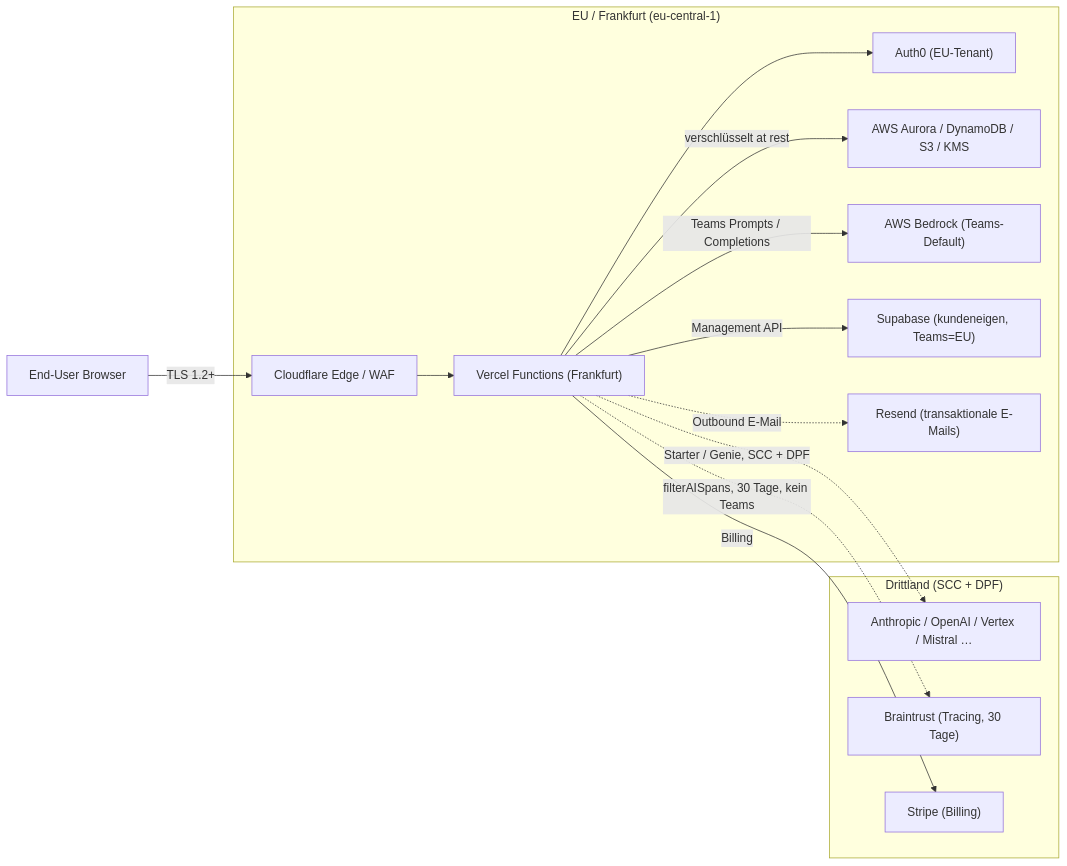
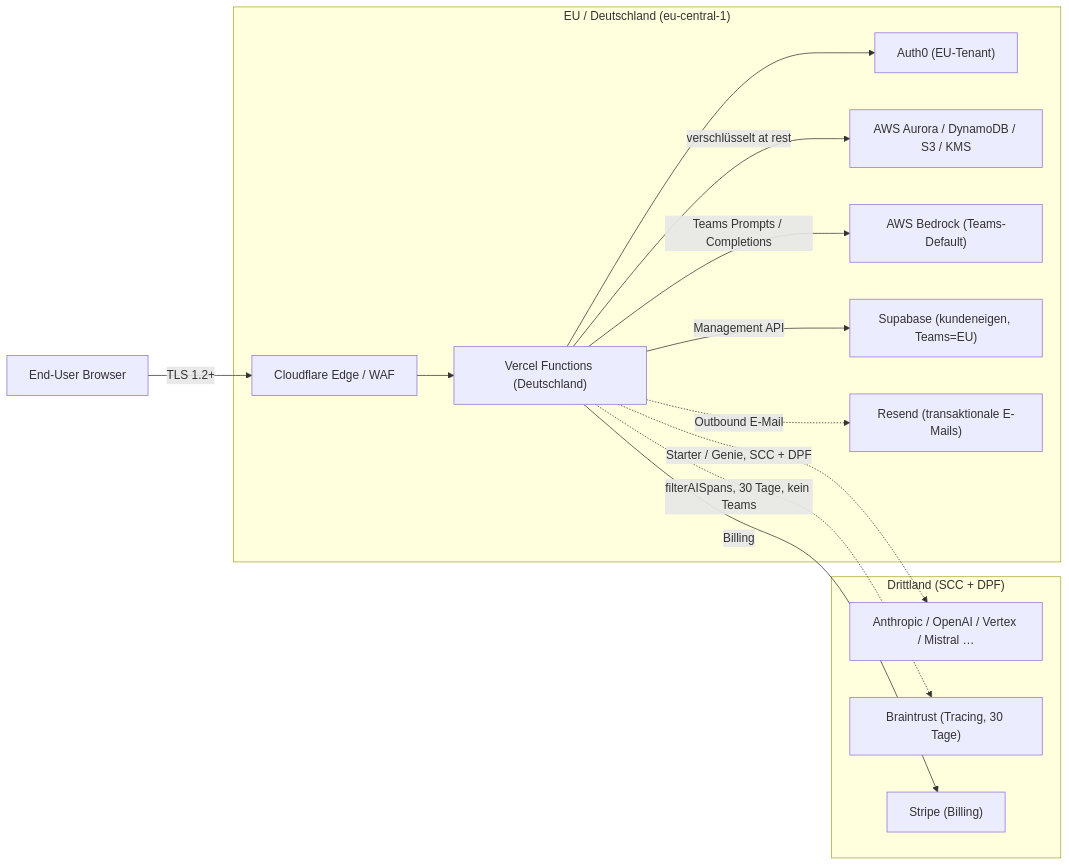
One commit to cr4yfish/docs changed the diagram in de/compliance/kunden-compliance-paket.mdx. Above: the diagram before and after it, drawn with Mermaid. The commit also changed other lines of this file, not shown here.

Commit message:
de/compliance: Frankfurt → Deutschland; redundante DE-Suffixe bereinigt

````diff
--- a/de/compliance/kunden-compliance-paket.mdx
+++ b/de/compliance/kunden-compliance-paket.mdx
@@ -123,27 +123,27 @@
 ```mermaid
 graph LR
   Browser["End-User Browser"]
-  subgraph EU["EU / Frankfurt (eu-central-1)"]
+  subgraph EU["EU / Deutschland (eu-central-1)"]
     Cloudflare["Cloudflare Edge / WAF"]
-    Vercel["Vercel Functions (Frankfurt)"]
+    Vercel["Vercel Functions (Deutschland)"]
     Auth0EU["Auth0 (EU-Tenant)"]
     AWS["AWS Aurora / DynamoDB / S3 / KMS"]
     Bedrock["AWS Bedrock (Teams-Default)"]
     Supabase["Supabase (kundeneigen, Teams=EU)"]
     Resend["Resend (transaktionale E-Mails)"]
   end
   subgraph TF["Drittland (SCC + DPF)"]
     LLM["Anthropic / OpenAI / Vertex / Mistral …"]
     Braintrust["Braintrust (Tracing, 30 Tage)"]
     Stripe["Stripe (Billing)"]
   end
   Browser -->|TLS 1.2+| Cloudflare --> Vercel
   Vercel --> Auth0EU
   Vercel -->|verschlüsselt at rest| AWS
   Vercel -->|Teams Prompts / Completions| Bedrock
   Vercel -.->|Starter / Genie, SCC + DPF| LLM
   Vercel -->|Management API| Supabase
   Vercel -.->|filterAISpans, 30 Tage, kein Teams| Braintrust
   Vercel -->|Billing| Stripe
   Vercel -.->|Outbound E-Mail| Resend
 ```
````
